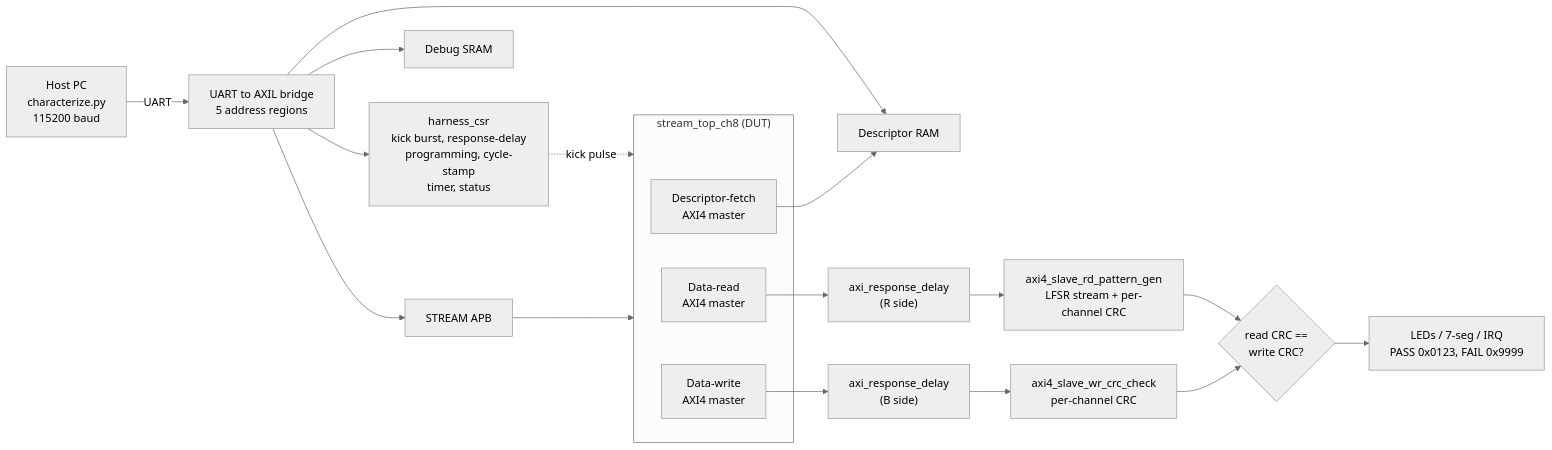
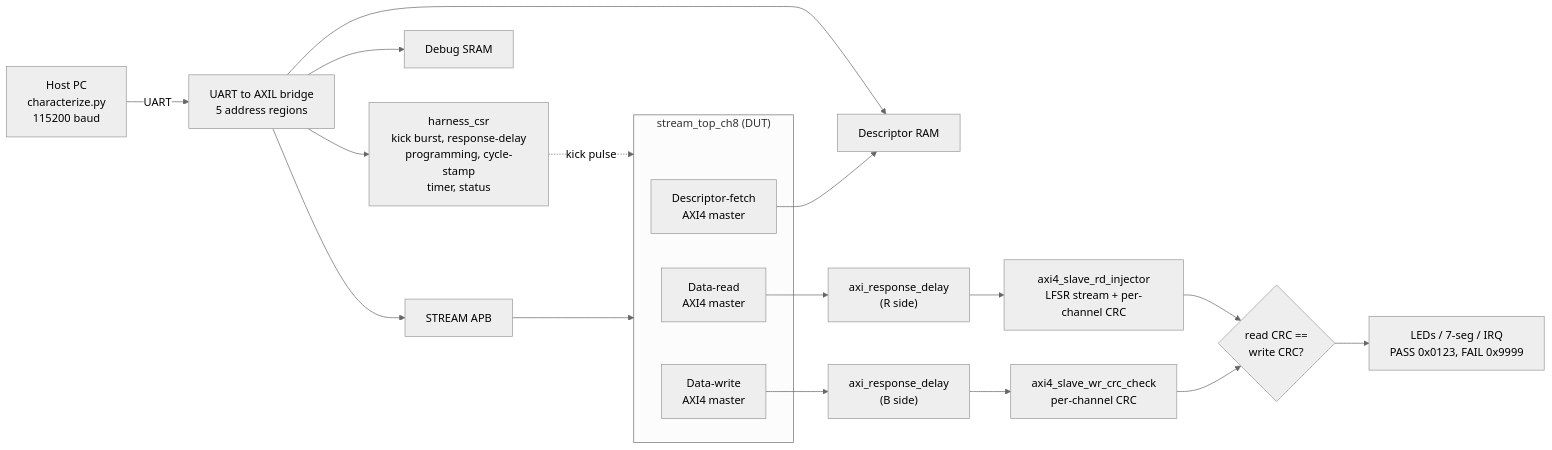
The diagram in projects/fpga-systems/Genesys2/dma-ip/stream/docs/assets/mmd/01_harness_top.mmd (sean-galloway/RTLDesignSherpa), drawn with Mermaid before and after one commit. The commit also changed 105 other files, not shown here.

First line of the commit message:
refactor(amba): rename characterization *pattern_gen blocks to *injector

```diff
--- a/projects/fpga-systems/Genesys2/dma-ip/stream/docs/assets/mmd/01_harness_top.mmd
+++ b/projects/fpga-systems/Genesys2/dma-ip/stream/docs/assets/mmd/01_harness_top.mmd
@@ -1,20 +1,20 @@
 %%{init: {'theme': 'neutral'}}%%
 flowchart LR
     HOST["Host PC<br/>characterize.py<br/>115200 baud"] -->|UART| BR["UART to AXIL bridge<br/>5 address regions"]
     BR --> CSR["harness_csr<br/>kick burst, response-delay<br/>programming, cycle-stamp<br/>timer, status"]
     BR --> DRAM["Descriptor RAM"]
     BR --> DBG["Debug SRAM"]
     BR --> APB["STREAM APB"]
     subgraph DUT["stream_top_ch8 (DUT)"]
         DESCM["Descriptor-fetch<br/>AXI4 master"]
         RDM["Data-read<br/>AXI4 master"]
         WRM["Data-write<br/>AXI4 master"]
     end
     CSR -.->|"kick pulse"| DUT
     APB --> DUT
     DESCM --> DRAM
-    RDM --> RDLY["axi_response_delay<br/>(R side)"] --> RGEN["axi4_slave_rd_pattern_gen<br/>LFSR stream + per-channel CRC"]
+    RDM --> RDLY["axi_response_delay<br/>(R side)"] --> RGEN["axi4_slave_rd_injector<br/>LFSR stream + per-channel CRC"]
     WRM --> BDLY["axi_response_delay<br/>(B side)"] --> WCHK["axi4_slave_wr_crc_check<br/>per-channel CRC"]
     RGEN --> CMP{"read CRC ==<br/>write CRC?"}
     WCHK --> CMP
     CMP --> ST["LEDs / 7-seg / IRQ<br/>PASS 0x0123, FAIL 0x9999"]
```
